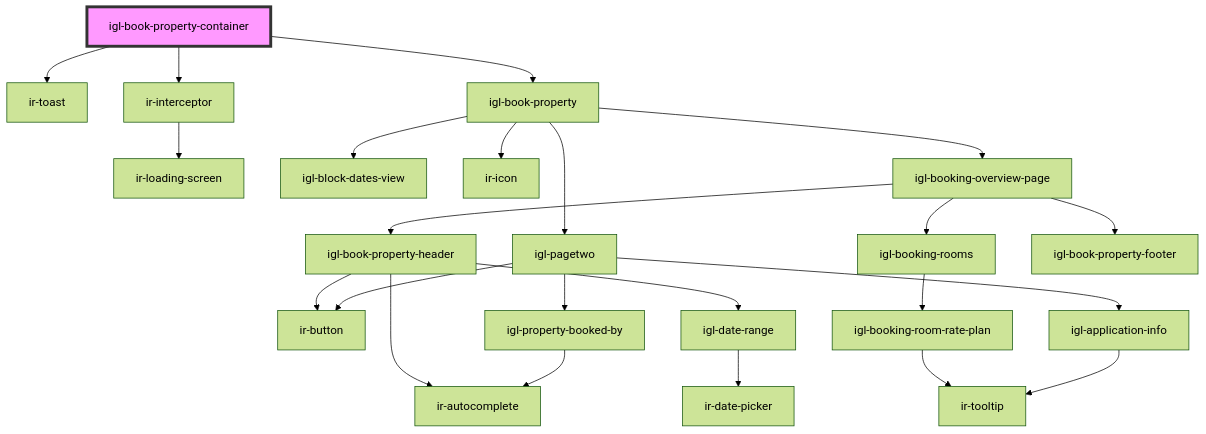
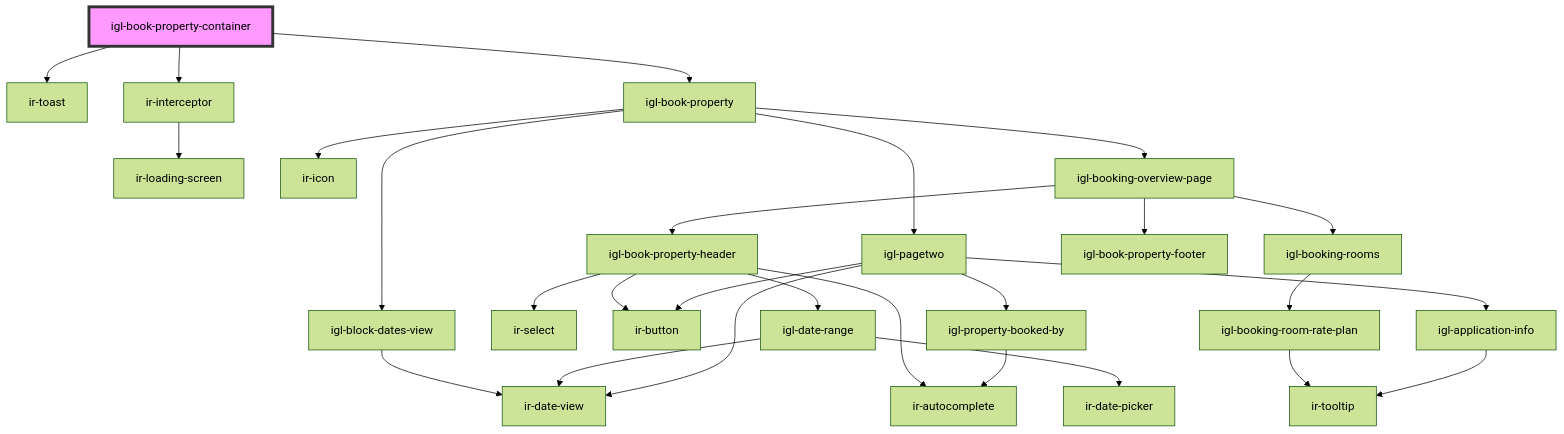
Before and after one commit to David1Chowaifaty/modified-ir-webcmp: the diagram in src/components/igl-book-property-container/readme.md, drawn with Mermaid (forest theme). The commit also changed 47 other files, not shown here.

````diff
--- a/src/components/igl-book-property-container/readme.md
+++ b/src/components/igl-book-property-container/readme.md
@@ -36,26 +36,30 @@
 ```mermaid
 graph TD;
   igl-book-property-container --> ir-toast
   igl-book-property-container --> ir-interceptor
   igl-book-property-container --> igl-book-property
   ir-interceptor --> ir-loading-screen
   igl-book-property --> igl-block-dates-view
   igl-book-property --> ir-icon
   igl-book-property --> igl-booking-overview-page
   igl-book-property --> igl-pagetwo
+  igl-block-dates-view --> ir-date-view
   igl-booking-overview-page --> igl-book-property-header
   igl-booking-overview-page --> igl-booking-rooms
   igl-booking-overview-page --> igl-book-property-footer
   igl-book-property-header --> ir-autocomplete
+  igl-book-property-header --> ir-select
   igl-book-property-header --> ir-button
   igl-book-property-header --> igl-date-range
   igl-date-range --> ir-date-picker
+  igl-date-range --> ir-date-view
   igl-booking-rooms --> igl-booking-room-rate-plan
   igl-booking-room-rate-plan --> ir-tooltip
+  igl-pagetwo --> ir-date-view
   igl-pagetwo --> igl-application-info
   igl-pagetwo --> igl-property-booked-by
   igl-pagetwo --> ir-button
   igl-application-info --> ir-tooltip
   igl-property-booked-by --> ir-autocomplete
   style igl-book-property-container fill:#f9f,stroke:#333,stroke-width:4px
 ```
````
